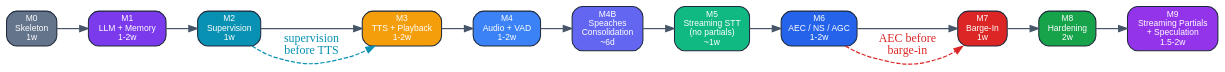
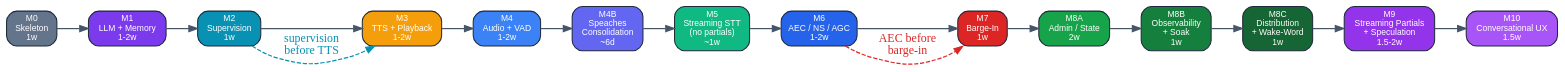
One commit to agutikov/lclva changed the sixth of 6 diagrams in plans/project_design.md. Above: the diagram before and after it, drawn with Graphviz. The commit also changed other lines of this file and 29 other files, not shown here.

````diff
--- a/plans/project_design.md
+++ b/plans/project_design.md
@@ -741,25 +741,28 @@
 ```dot
 digraph Milestones {
   rankdir=LR; bgcolor="transparent"; pad=0.3;
   node [style="filled,rounded", shape=box, fontname="Helvetica", fontsize=10, penwidth=1.2, color="#1E293B"];
   edge [color="#475569", penwidth=1.4];
 
   M0 [fillcolor="#64748B", fontcolor=white, label="M0\nSkeleton\n1w"];
   M1 [fillcolor="#7C3AED", fontcolor=white, label="M1\nLLM + Memory\n1-2w"];
   M2 [fillcolor="#0891B2", fontcolor=white, label="M2\nSupervision\n1w"];
   M3 [fillcolor="#F59E0B", fontcolor=white, label="M3\nTTS + Playback\n1-2w"];
   M4  [fillcolor="#3B82F6", fontcolor=white, label="M4\nAudio + VAD\n1-2w"];
   M4B [fillcolor="#6366F1", fontcolor=white, label="M4B\nSpeaches\nConsolidation\n~6d"];
   M5  [fillcolor="#10B981", fontcolor=white, label="M5\nStreaming STT\n(no partials)\n~1w"];
   M6  [fillcolor="#2563EB", fontcolor=white, label="M6\nAEC / NS / AGC\n1-2w"];
   M7  [fillcolor="#DC2626", fontcolor=white, label="M7\nBarge-In\n1w"];
-  M8  [fillcolor="#16A34A", fontcolor=white, label="M8\nHardening\n2w"];
+  M8A [fillcolor="#16A34A", fontcolor=white, label="M8A\nAdmin / State\n2w"];
+  M8B [fillcolor="#15803D", fontcolor=white, label="M8B\nObservability\n+ Soak\n1w"];
+  M8C [fillcolor="#166534", fontcolor=white, label="M8C\nDistribution\n+ Wake-Word\n1w"];
   M9  [fillcolor="#9333EA", fontcolor=white, label="M9\nStreaming Partials\n+ Speculation\n1.5-2w"];
+  M10 [fillcolor="#A855F7", fontcolor=white, label="M10\nConversational UX\n1.5w"];
 
-  M0 -> M1 -> M2 -> M3 -> M4 -> M4B -> M5 -> M6 -> M7 -> M8 -> M9;
+  M0 -> M1 -> M2 -> M3 -> M4 -> M4B -> M5 -> M6 -> M7 -> M8A -> M8B -> M8C -> M9 -> M10;
 
   // Highlight critical reorderings
   M2 -> M3 [label="supervision\nbefore TTS", fontcolor="#0891B2", color="#0891B2", style=dashed, constraint=false];
   M6 -> M7 [label="AEC before\nbarge-in", fontcolor="#DC2626", color="#DC2626", style=dashed, constraint=false];
 }
 ```
````
